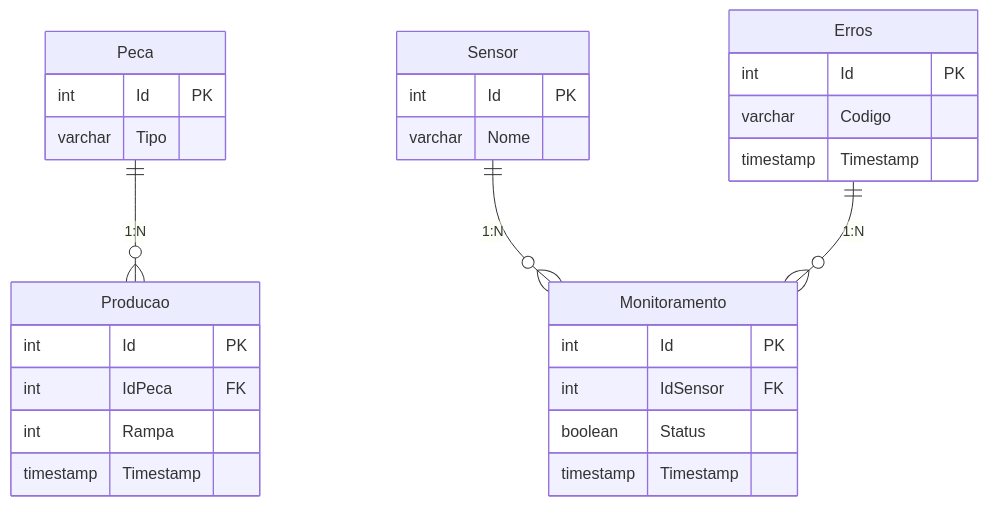
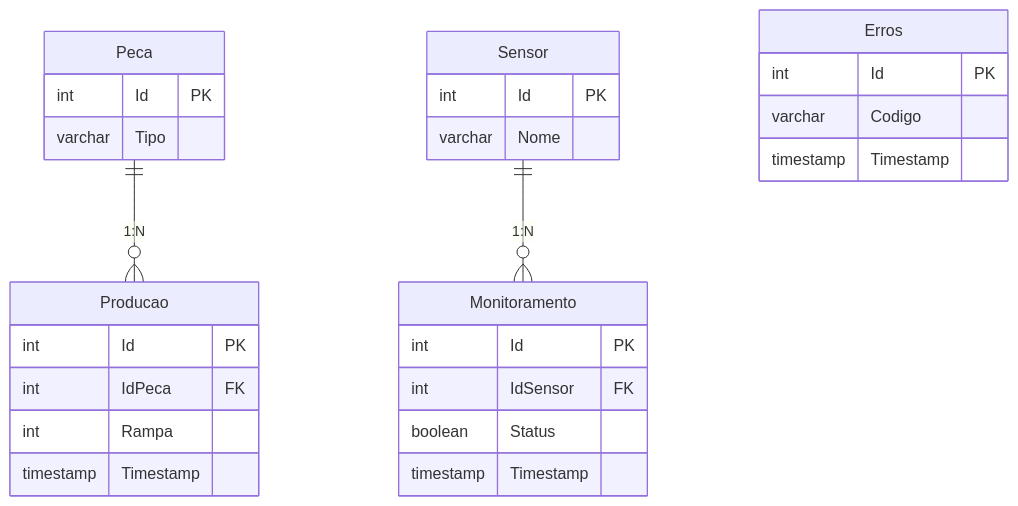
One commit to DevelopmentIOT3SEM/DevelopmentIOT changed the diagram in DiagramaER/diagram.md. Above: the diagram before and after it, drawn with Mermaid.

Commit message:
fix: fix graph error

````diff
--- a/DiagramaER/diagram.md
+++ b/DiagramaER/diagram.md
@@ -1,39 +1,39 @@
 ```mermaid
 erDiagram
 
     Peca {
       int Id PK
       varchar Tipo
     }
 
     Sensor {
       int Id PK
       varchar Nome
     }
 
     Erros {
       int Id PK
       varchar Codigo
       timestamp Timestamp
     }
 
     Monitoramento {
       int Id PK
       int IdSensor FK
       boolean Status
       timestamp Timestamp
     }
 
     Producao {
       int Id PK
       int IdPeca FK
       int Rampa
       timestamp Timestamp
     }
 
     Peca ||--o{ Producao : "1:N"
     Sensor ||--o{ Monitoramento : "1:N"
-    Erros ||--o{ Monitoramento : "1:N"
+    
 
 
 ```
````
